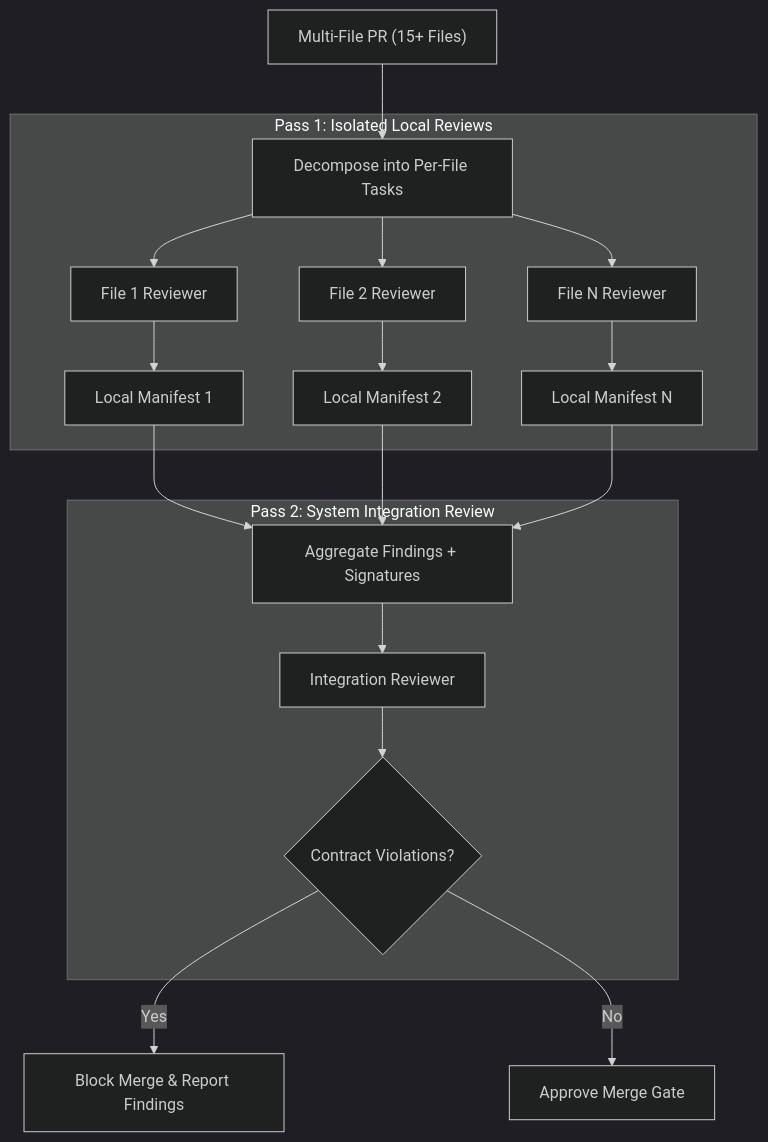
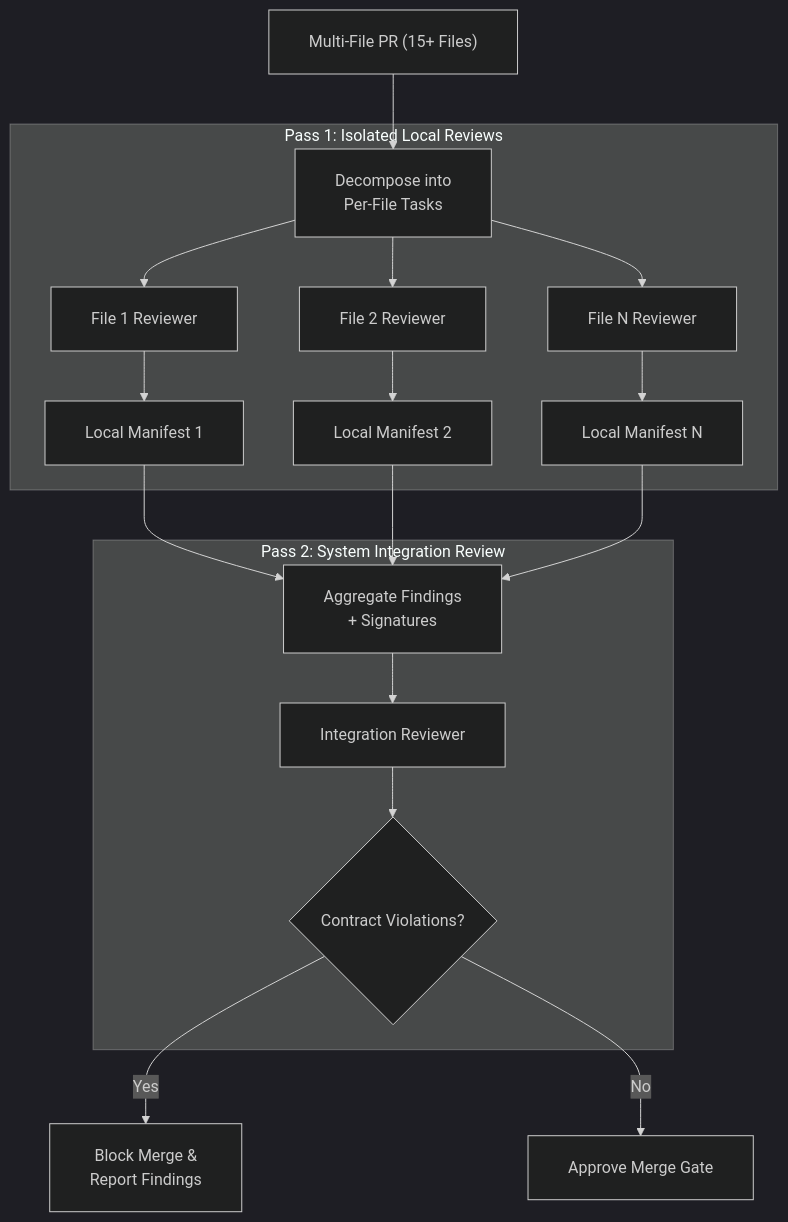
Before and after one commit to dip4k/claude_cert_architect_foundation_prep: the sixth of 7 diagrams in domain1/KEY_CONCEPTS.md, drawn with Mermaid (dark theme). The commit also changed other lines of this file and 31 other files, not shown here.

First line of the commit message:
docs(diagrams): fix text trimming, padding, and layout in all mermaid diagrams

````diff
--- a/domain1/KEY_CONCEPTS.md
+++ b/domain1/KEY_CONCEPTS.md
@@ -356,23 +360,24 @@
 ```mermaid
+%%{init: {"flowchart": {"htmlLabels": true, "padding": 20}}}%%
 flowchart TD
-    PR["Multi-File PR (15+ Files)"] --> Decomp["Decompose into Per-File Tasks"]
+    PR["Multi-File PR (15+ Files)"] --> Decomp["Decompose into<br/>Per-File Tasks"]
     
     subgraph Pass1["Pass 1: Isolated Local Reviews"]
         Decomp --> F1["File 1 Reviewer"]
         Decomp --> F2["File 2 Reviewer"]
         Decomp --> Fn["File N Reviewer"]
         F1 --> M1["Local Manifest 1"]
         F2 --> M2["Local Manifest 2"]
         Fn --> Mn["Local Manifest N"]
     end
     
-    M1 & M2 & Mn --> Agg["Aggregate Findings + Signatures"]
+    M1 & M2 & Mn --> Agg["Aggregate Findings<br/>+ Signatures"]
     
     subgraph Pass2["Pass 2: System Integration Review"]
         Agg --> Reviewer["Integration Reviewer"]
         Reviewer --> Gate{"Contract Violations?"}
     end
     
-    Gate -->|Yes| Fail["Block Merge & Report Findings"]
+    Gate -->|Yes| Fail["Block Merge &<br/>Report Findings"]
     Gate -->|No| Pass["Approve Merge Gate"]
 ```
````
